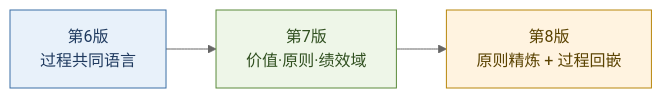
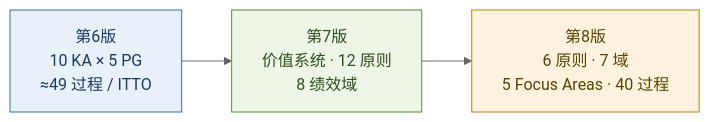
Before and after one commit to xiaxinyu/knowledge_base: the first of 5 diagrams in 30-governance/32-project-management-pmbok-value-delivery-treatise.md, drawn with Mermaid (neutral theme). The commit also changed other lines of this file and 1 other file, not shown here.

````diff
--- a/30-governance/32-project-management-pmbok-value-delivery-treatise.md
+++ b/30-governance/32-project-management-pmbok-value-delivery-treatise.md
@@ -62,9 +106,9 @@
 ```mermaid
 flowchart LR
   classDef v6 fill:#e8f1fa,stroke:#3b6ea5,color:#1f3a5f
   classDef v7 fill:#eef6e8,stroke:#5a8a3a,color:#2f4f1f
   classDef v8 fill:#fff3e0,stroke:#b8860b,color:#5a4200
 
-  A["第6版<br/>过程共同语言"]:::v6 --> B["第7版<br/>价值·原则·绩效域"]:::v7
-  B --> C["第8版<br/>原则精炼 + 过程回嵌"]:::v8
+  A["第6版<br/>10 KA × 5 PG<br/>≈49 过程 / ITTO"]:::v6 --> B["第7版<br/>价值系统 · 12 原则<br/>8 绩效域"]:::v7
+  B --> C["第8版<br/>6 原则 · 7 域<br/>5 Focus Areas · 40 过程"]:::v8
 ```
````
